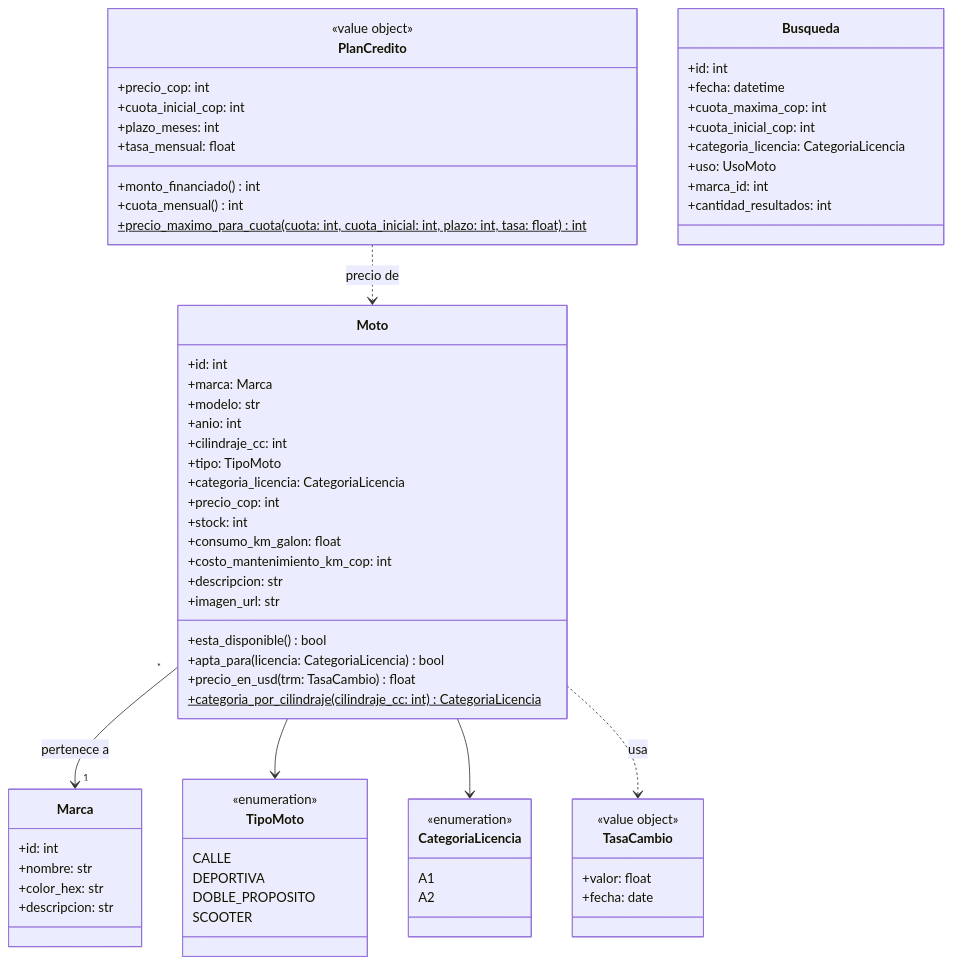
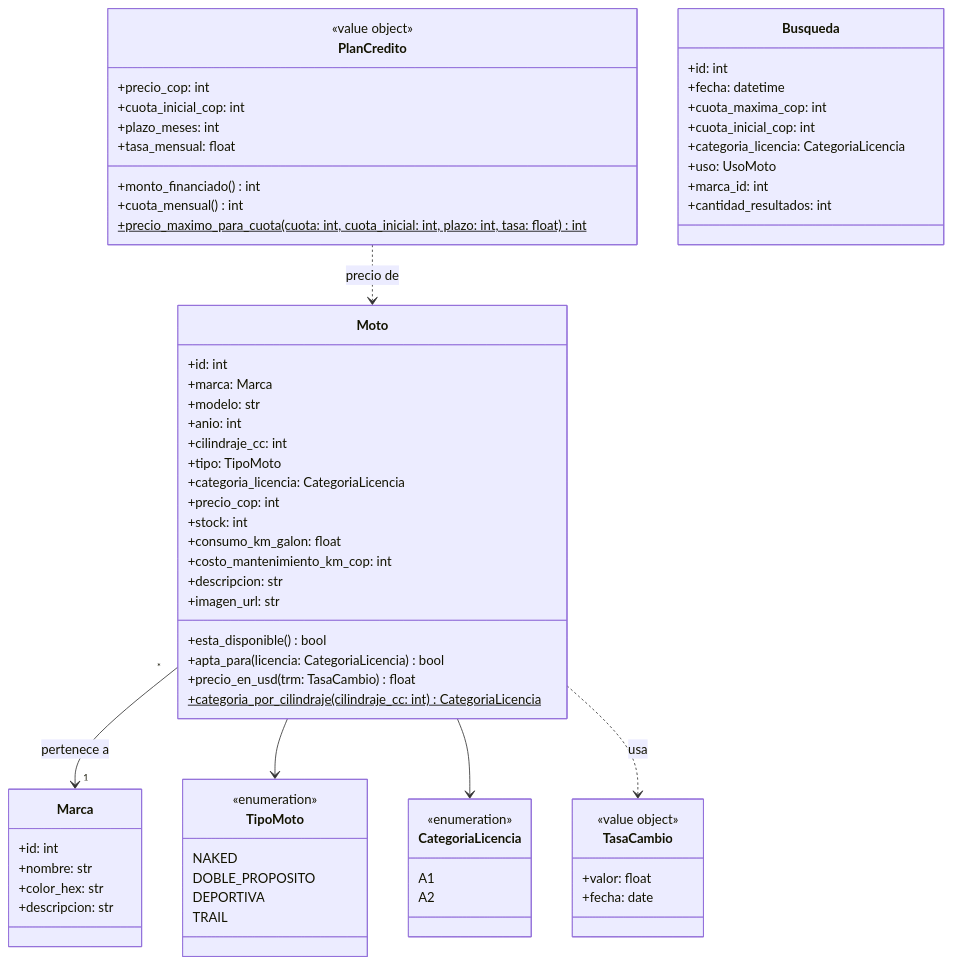
Before and after one commit to Andresg9805/concesionario-motos: the first of 9 diagrams in docs/uml/diagrama-clases.md, drawn with Mermaid. The commit also changed other lines of this file and 15 other files, not shown here.

````diff
--- a/docs/uml/diagrama-clases.md
+++ b/docs/uml/diagrama-clases.md
@@ -13,79 +13,79 @@
 ```mermaid
 classDiagram
     direction TB
 
     class Marca {
         +id: int
         +nombre: str
         +color_hex: str
         +descripcion: str
     }
 
     class Moto {
         +id: int
         +marca: Marca
         +modelo: str
         +anio: int
         +cilindraje_cc: int
         +tipo: TipoMoto
         +categoria_licencia: CategoriaLicencia
         +precio_cop: int
         +stock: int
         +consumo_km_galon: float
         +costo_mantenimiento_km_cop: int
         +descripcion: str
         +imagen_url: str
         +esta_disponible() bool
         +apta_para(licencia: CategoriaLicencia) bool
         +precio_en_usd(trm: TasaCambio) float
         +categoria_por_cilindraje(cilindraje_cc: int)$ CategoriaLicencia
     }
 
     class TipoMoto {
         <<enumeration>>
-        CALLE
+        NAKED
+        DOBLE_PROPOSITO
         DEPORTIVA
-        DOBLE_PROPOSITO
-        SCOOTER
+        TRAIL
     }
 
     class CategoriaLicencia {
         <<enumeration>>
         A1
         A2
     }
 
     class TasaCambio {
         <<value object>>
         +valor: float
         +fecha: date
     }
 
     class PlanCredito {
         <<value object>>
         +precio_cop: int
         +cuota_inicial_cop: int
         +plazo_meses: int
         +tasa_mensual: float
         +monto_financiado() int
         +cuota_mensual() int
         +precio_maximo_para_cuota(cuota: int, cuota_inicial: int, plazo: int, tasa: float)$ int
     }
 
     class Busqueda {
         +id: int
         +fecha: datetime
         +cuota_maxima_cop: int
         +cuota_inicial_cop: int
         +categoria_licencia: CategoriaLicencia
         +uso: UsoMoto
         +marca_id: int
         +cantidad_resultados: int
     }
 
     Moto "*" --> "1" Marca : pertenece a
     Moto --> TipoMoto
     Moto --> CategoriaLicencia
     Moto ..> TasaCambio : usa
     PlanCredito ..> Moto : precio de
 ```
````
